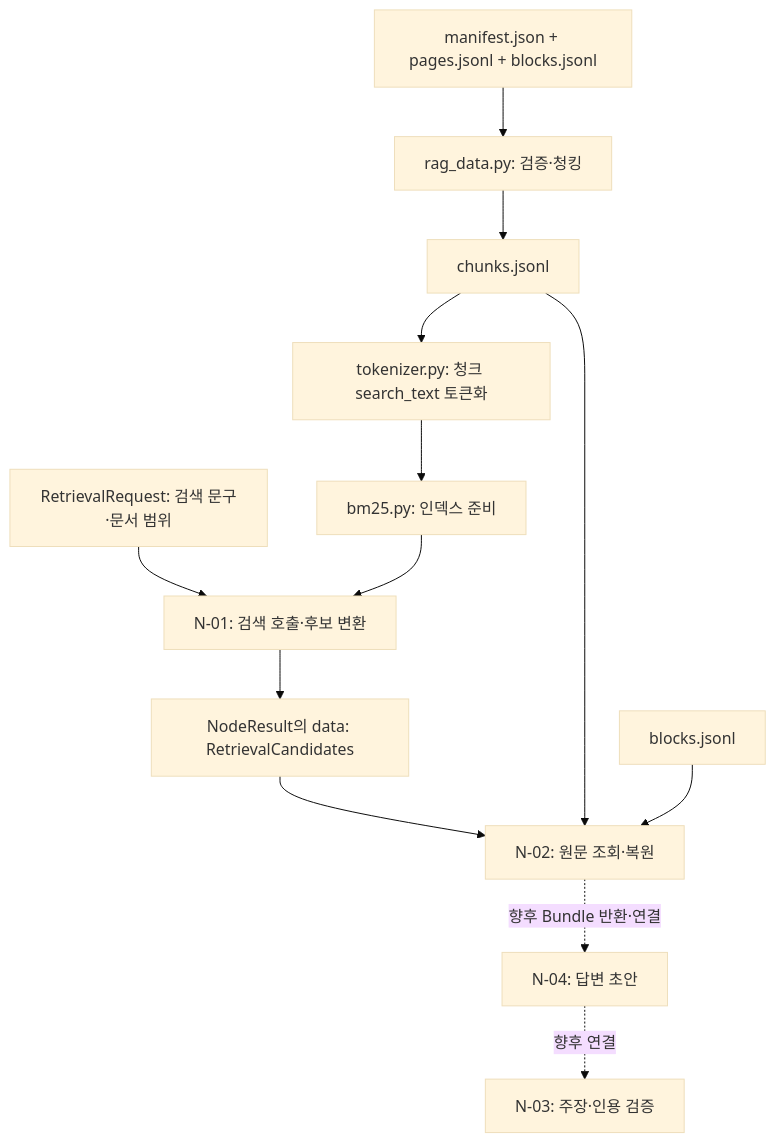
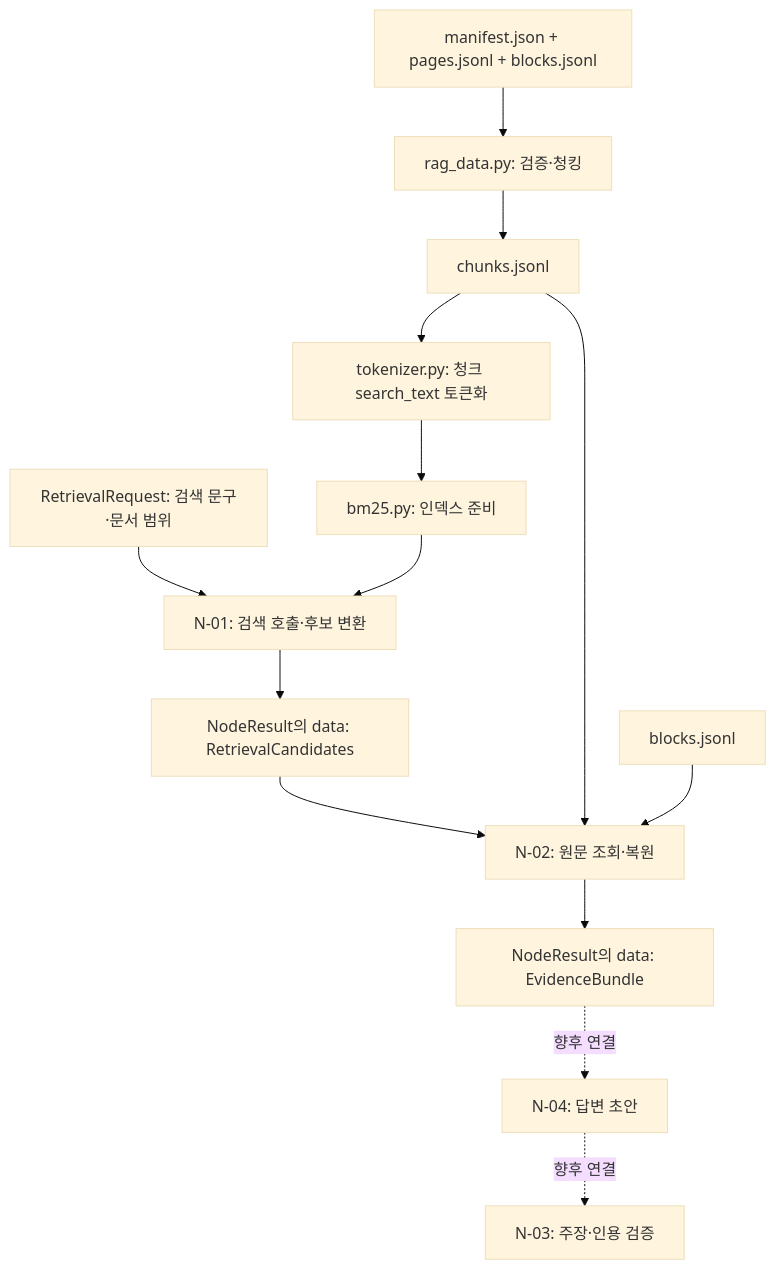
Before and after one commit to Jungminii-1114/ReportAnchor: the diagram in rag/retrieval/README.md, drawn with Mermaid (base theme). The commit also changed other lines of this file and 12 other files, not shown here.

````diff
--- a/rag/retrieval/README.md
+++ b/rag/retrieval/README.md
@@ -46,15 +46,16 @@
 ```mermaid
 flowchart TD
     A["manifest.json + pages.jsonl + blocks.jsonl"] --> B["rag_data.py: 검증·청킹"]
     B --> C["chunks.jsonl"]
     C --> D["tokenizer.py: 청크 search_text 토큰화"]
     D --> E["bm25.py: 인덱스 준비"]
     Q["RetrievalRequest: 검색 문구·문서 범위"] --> N1["N-01: 검색 호출·후보 변환"]
     E --> N1
     N1 --> R["NodeResult의 data: RetrievalCandidates"]
     R --> N2["N-02: 원문 조회·복원"]
     C --> N2
     K["blocks.jsonl"] --> N2
-    N2 -. "향후 Bundle 반환·연결" .-> N4["N-04: 답변 초안"]
+    N2 --> EB["NodeResult의 data: EvidenceBundle"]
+    EB -. "향후 연결" .-> N4["N-04: 답변 초안"]
     N4 -. "향후 연결" .-> N3["N-03: 주장·인용 검증"]
 ```
````
